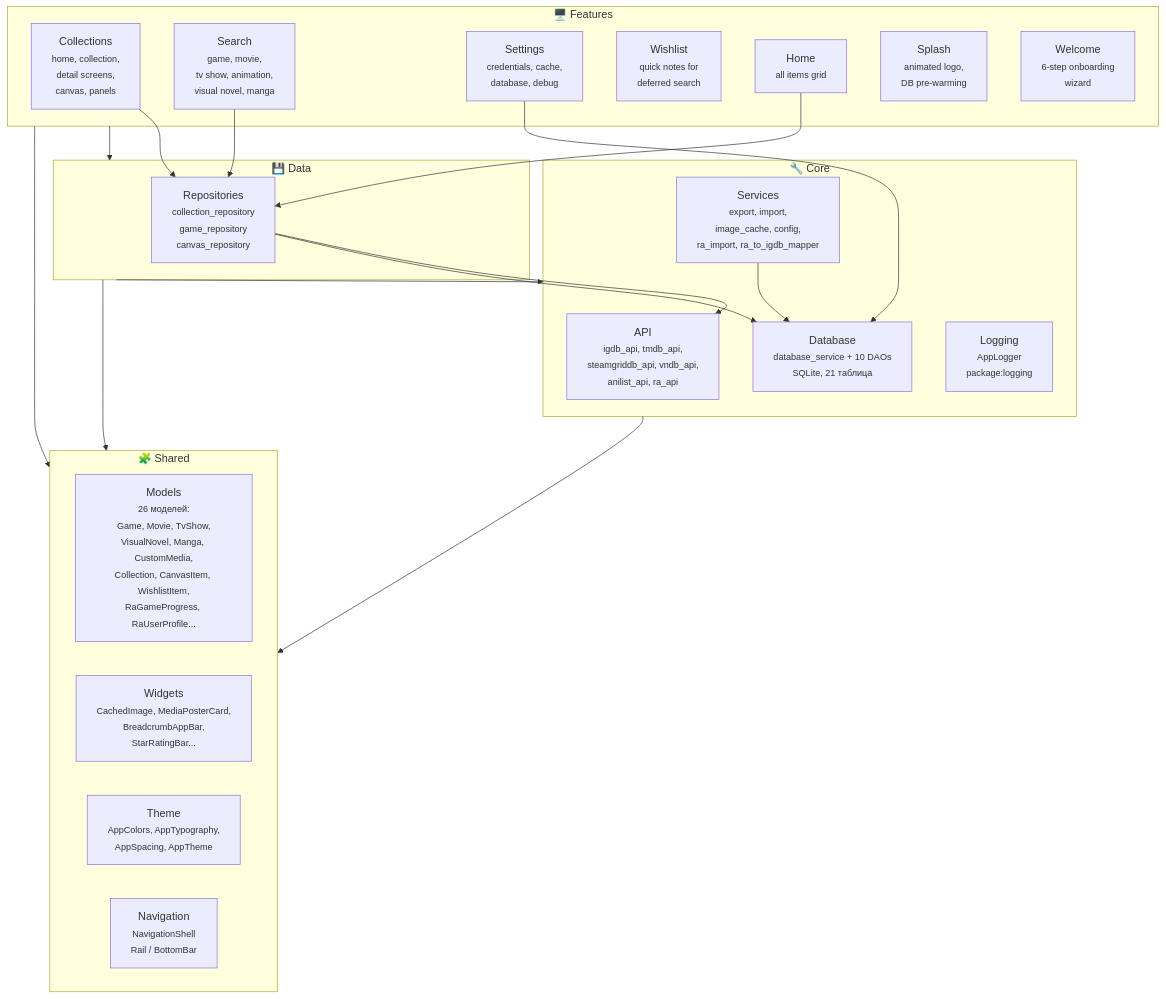
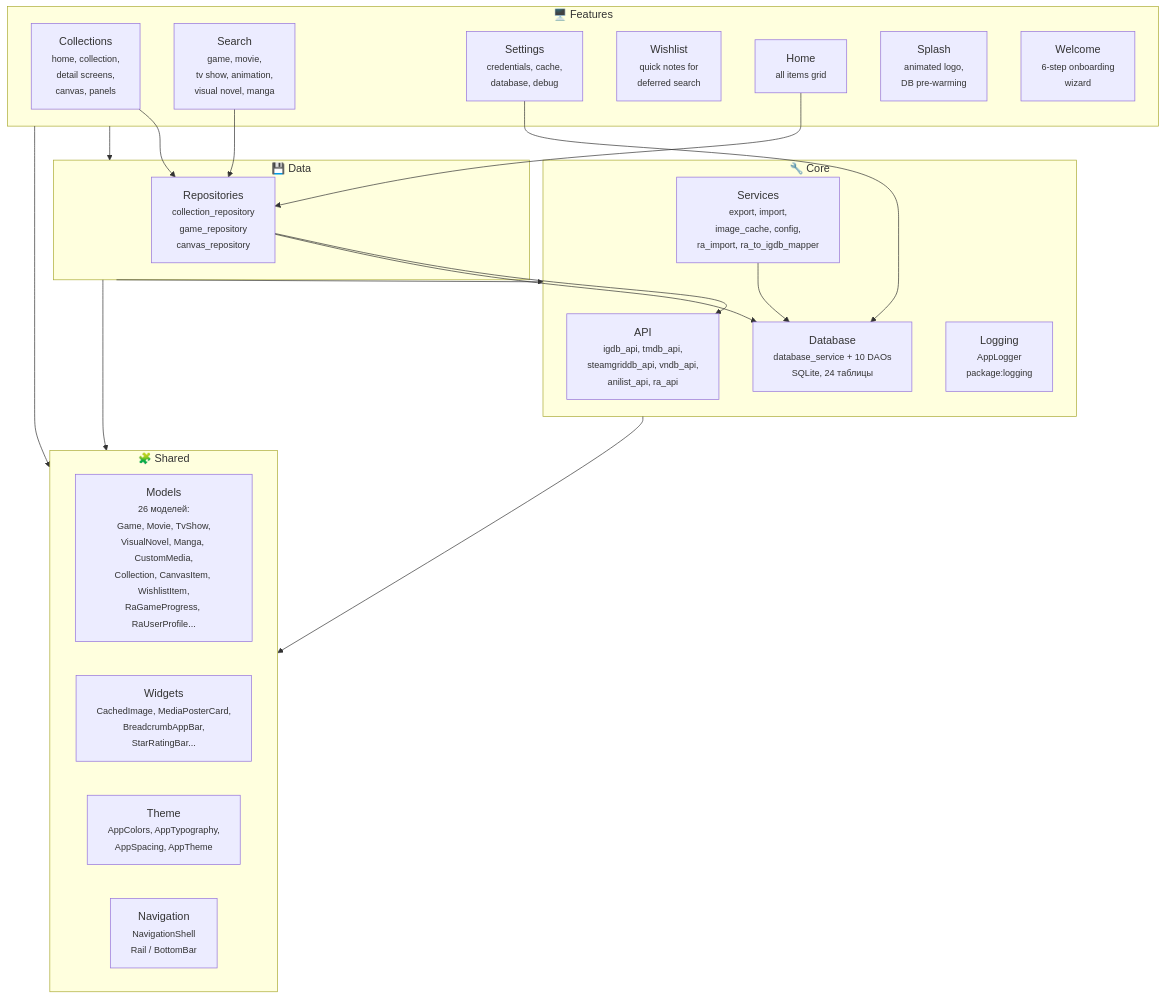
Before and after one commit to hacan359/tonkatsu_box: the first of 2 diagrams in docs/ARCHITECTURE.md, drawn with Mermaid. The commit also changed other lines of this file and 13 other files, not shown here.

````diff
--- a/docs/ARCHITECTURE.md
+++ b/docs/ARCHITECTURE.md
@@ -24,44 +24,44 @@
 ```mermaid
 graph TB
     subgraph core ["🔧 Core"]
         api["API<br/><small>igdb_api, tmdb_api,<br/>steamgriddb_api, vndb_api,<br/>anilist_api, ra_api</small>"]
-        database["Database<br/><small>database_service + 10 DAOs<br/>SQLite, 21 таблица</small>"]
+        database["Database<br/><small>database_service + 10 DAOs<br/>SQLite, 24 таблицы</small>"]
         logging["Logging<br/><small>AppLogger<br/>package:logging</small>"]
         services["Services<br/><small>export, import,<br/>image_cache, config,<br/>ra_import, ra_to_igdb_mapper</small>"]
     end
 
     subgraph data ["💾 Data"]
         repositories["Repositories<br/><small>collection_repository<br/>game_repository<br/>canvas_repository</small>"]
     end
 
     subgraph features ["🖥️ Features"]
         collections["Collections<br/><small>home, collection,<br/>detail screens,<br/>canvas, panels</small>"]
         search["Search<br/><small>game, movie,<br/>tv show, animation,<br/>visual novel, manga</small>"]
         settings["Settings<br/><small>credentials, cache,<br/>database, debug</small>"]
         wishlist["Wishlist<br/><small>quick notes for<br/>deferred search</small>"]
         home["Home<br/><small>all items grid</small>"]
         splash["Splash<br/><small>animated logo,<br/>DB pre-warming</small>"]
         welcome["Welcome<br/><small>6-step onboarding<br/>wizard</small>"]
     end
 
     subgraph shared ["🧩 Shared"]
         models["Models<br/><small>26 моделей:<br/>Game, Movie, TvShow,<br/>VisualNovel, Manga, CustomMedia,<br/>Collection, CanvasItem, WishlistItem,<br/>RaGameProgress, RaUserProfile...</small>"]
         widgets["Widgets<br/><small>CachedImage, MediaPosterCard,<br/>BreadcrumbAppBar,<br/>StarRatingBar...</small>"]
         theme["Theme<br/><small>AppColors, AppTypography,<br/>AppSpacing, AppTheme</small>"]
         navigation["Navigation<br/><small>NavigationShell<br/>Rail / BottomBar</small>"]
     end
 
     features --> data
     features --> shared
     data --> core
     data --> shared
     core --> shared
 
     collections --> repositories
     search --> repositories
     settings --> database
     home --> repositories
     repositories --> api
     repositories --> database
     services --> database
 ```
````
